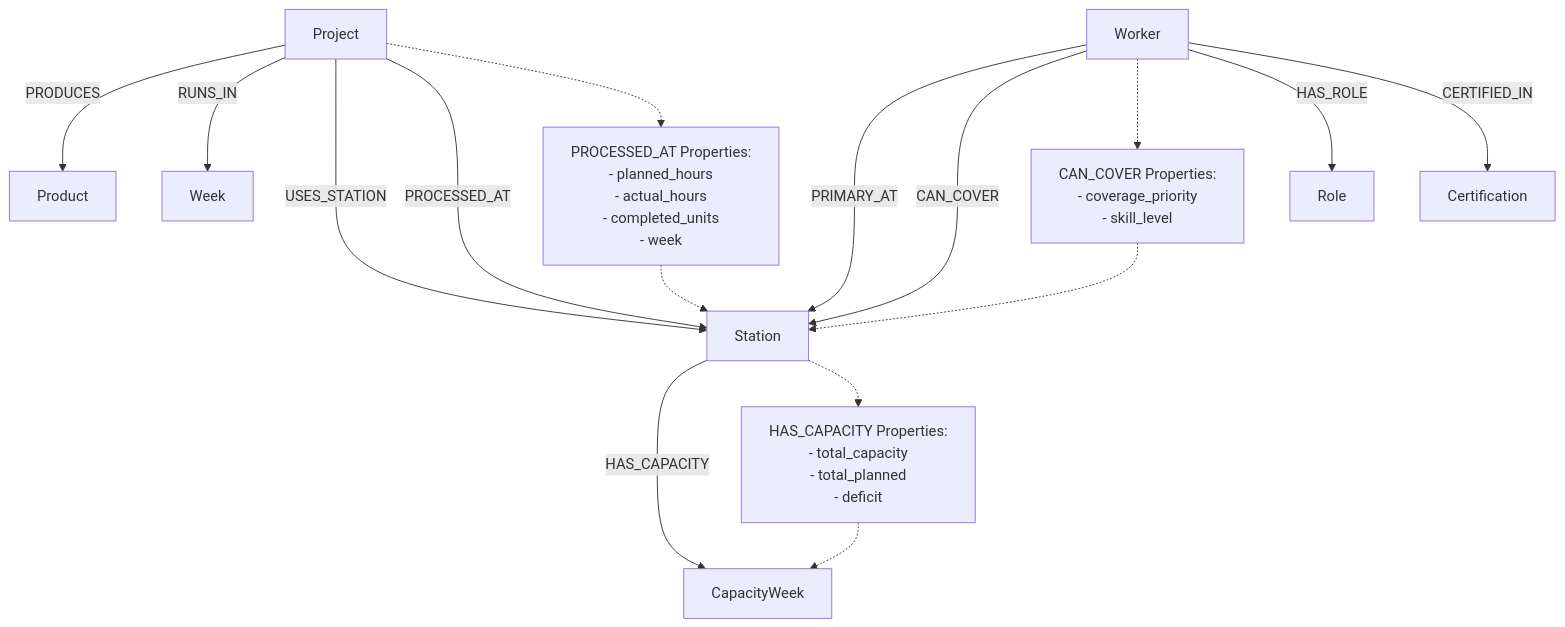
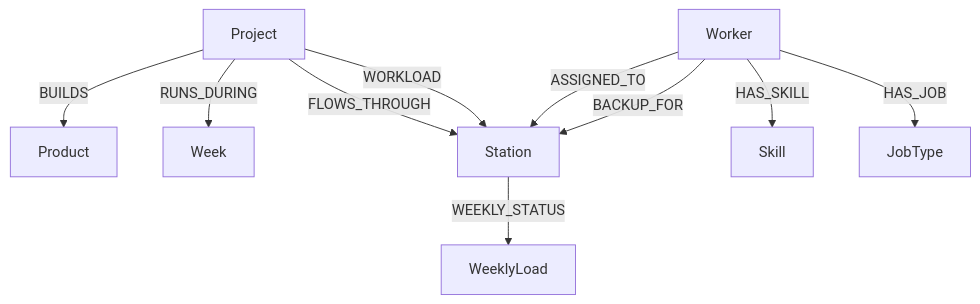
One commit to Life-Atlas/lpi-developer-kit changed the diagram in submissions/praveen-singh/level5/schema.md. Above: the diagram before and after it, drawn with Mermaid. The commit also changed other lines of this file, not shown here.

Commit message:
Simplify relationships in schema.md

````diff
--- a/submissions/praveen-singh/level5/schema.md
+++ b/submissions/praveen-singh/level5/schema.md
@@ -3,78 +3,26 @@
 ```mermaid
 graph TD
 
-%% =========================
-%% TOP LAYER
-%% =========================
+    PROJECT[Project]
+    PRODUCT[Product]
+    STATION[Station]
+    WORKER[Worker]
+    WEEK[Week]
+    SKILL[Skill]
+    JOBTYPE[JobType]
+    WEEKLYLOAD[WeeklyLoad]
 
-Project[Project]
+    PROJECT -->|BUILDS| PRODUCT
+    PROJECT -->|RUNS_DURING| WEEK
+    PROJECT -->|FLOWS_THROUGH| STATION
 
-%% =========================
-%% LEFT SIDE
-%% =========================
+    PROJECT -->|WORKLOAD| STATION
 
-Product[Product]
-Week[Week]
+    WORKER -->|ASSIGNED_TO| STATION
+    WORKER -->|BACKUP_FOR| STATION
 
-Project -->|PRODUCES| Product
-Project -->|RUNS_IN| Week
+    WORKER -->|HAS_SKILL| SKILL
+    WORKER -->|HAS_JOB| JOBTYPE
 
-%% =========================
-%% CENTER
-%% =========================
-
-Station[Station]
-
-Project -->|USES_STATION| Station
-
-Project -->|PROCESSED_AT| Station
-
-%% RELATIONSHIP PROPERTIES NOTE
-ProcessedProps["PROCESSED_AT Properties:
-- planned_hours
-- actual_hours
-- completed_units
-- week"]
-
-Project -.-> ProcessedProps
-ProcessedProps -.-> Station
-
-%% =========================
-%% RIGHT SIDE
-%% =========================
-
-Worker[Worker]
-Role[Role]
-Certification[Certification]
-
-Worker -->|PRIMARY_AT| Station
-
-Worker -->|CAN_COVER| Station
-
-CoverProps["CAN_COVER Properties:
-- coverage_priority
-- skill_level"]
-
-Worker -.-> CoverProps
-CoverProps -.-> Station
-
-Worker -->|HAS_ROLE| Role
-
-Worker -->|CERTIFIED_IN| Certification
-
-%% =========================
-%% BOTTOM
-%% =========================
-
-CapacityWeek[CapacityWeek]
-
-Station -->|HAS_CAPACITY| CapacityWeek
-
-CapacityProps["HAS_CAPACITY Properties:
-- total_capacity
-- total_planned
-- deficit"]
-
-Station -.-> CapacityProps
-CapacityProps -.-> CapacityWeek
+    STATION -->|WEEKLY_STATUS| WEEKLYLOAD
 ```
````
